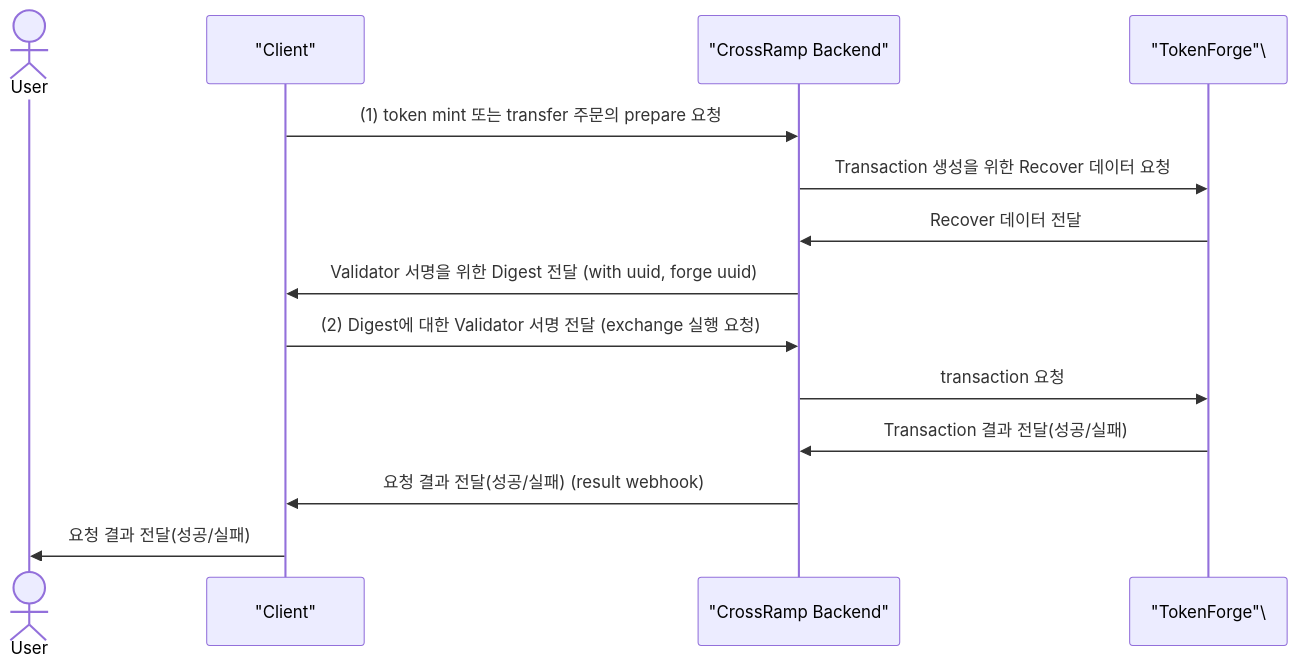
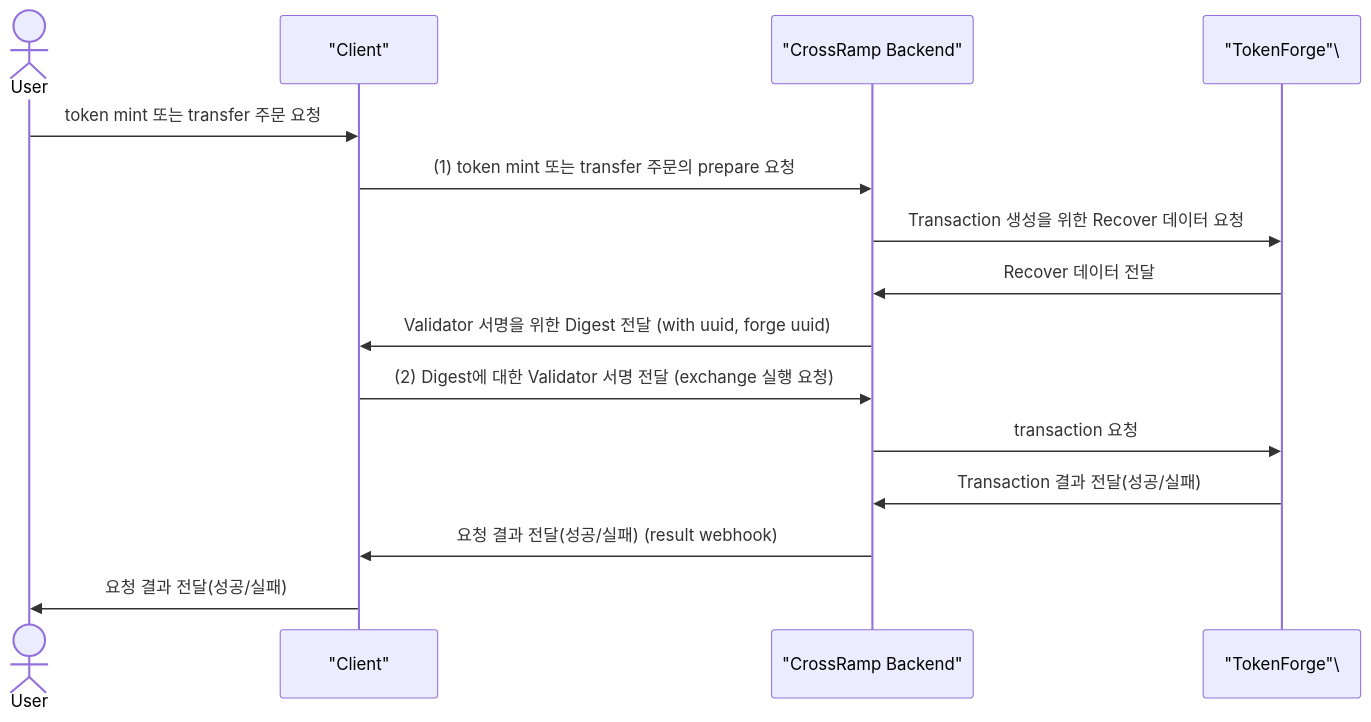
Before and after one commit to to-nexus/cross-ramp-integration-sample: the second of 2 diagrams in GUIDE_KR.md, drawn with Mermaid. The commit also changed 1 other file, not shown here.

Commit message:
Chore: add user -> client

````diff
--- a/GUIDE_KR.md
+++ b/GUIDE_KR.md
@@ -493,17 +493,19 @@
 ```mermaid
 sequenceDiagram
     actor User
     participant Client as "Client"
     participant Backend as "CrossRamp Backend"
     participant TokenForge as "TokenForge"\
+
+    User->>Client: token mint 또는 transfer 주문 요청
 
     Client->>Backend: (1) token mint 또는 transfer 주문의 prepare 요청
     Backend->>TokenForge: Transaction 생성을 위한 Recover 데이터 요청
     TokenForge->>Backend: Recover 데이터 전달
     Backend->>Client: Validator 서명을 위한 Digest 전달 (with uuid, forge uuid)
     Client->>Backend: (2) Digest에 대한 Validator 서명 전달 (exchange 실행 요청)
     Backend->>TokenForge: transaction 요청
     TokenForge->>Backend: Transaction 결과 전달(성공/실패)
     Backend->>Client: 요청 결과 전달(성공/실패) (result webhook)
     Client->>User: 요청 결과 전달(성공/실패)
 ```
````
